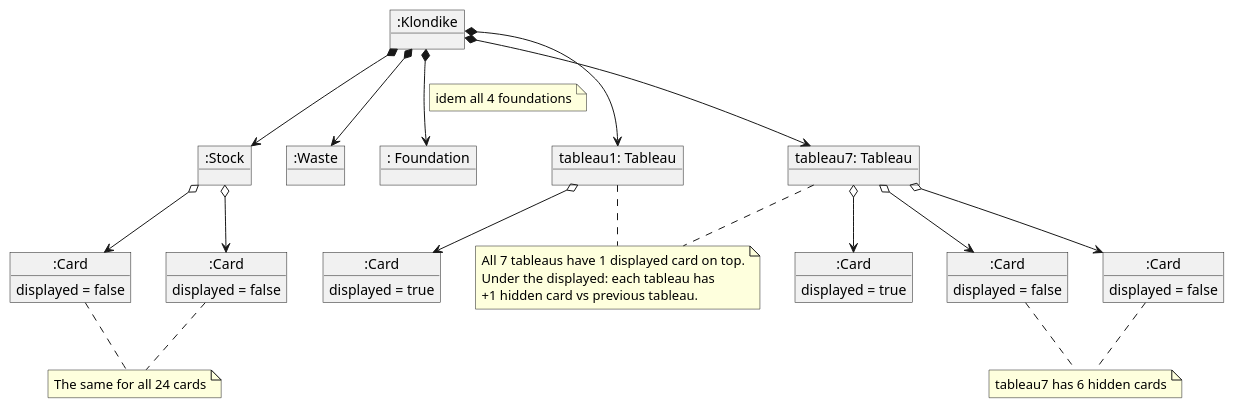
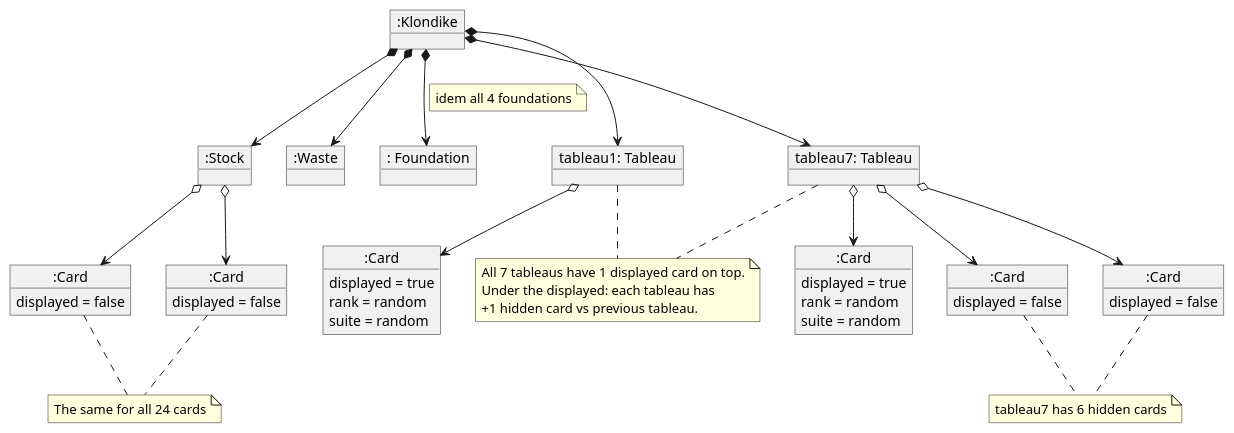
Before and after one commit to PabloMartinFluvia/IT-School: the diagram in MPDS/Klondike/docs/src/domain model initial state.plantuml, drawn with PlantUML. The commit also changed 8 other files, not shown here.

```diff
--- a/MPDS/Klondike/docs/src/domain model initial state.plantuml
+++ b/MPDS/Klondike/docs/src/domain model initial state.plantuml
@@ -1,76 +1,80 @@
 @startuml
 
 object ":Klondike" as klondike
 
 object ":Stock" as stock
 
 object ":Card" as cs1{
     displayed = false
 }
 object ":Card" as cs2{
     displayed = false
 }
 
 object ":Waste" as waste
 object ": Foundation" as foundation
 
 object "tableau1: Tableau" as tableau1
 
 object ":Card" as ct1d{
     displayed = true
+    rank = random
+    suite = random
 }
 
 object "tableau7: Tableau" as tableau7
 
 object ":Card" as ct2d{
     displayed = true
+    rank = random
+    suite = random
 }
 object ":Card" as ct2h1{
     displayed = false
 }
 object ":Card" as ct2h2{
     displayed = false
 }
 
 'klondike dependencies'
 klondike *-down-> stock
 klondike *-down-> waste
 klondike *-down-> foundation
 note on link
 idem all 4 foundations
 end note
 klondike *-down-> tableau1
 klondike *-down-> tableau7
 
 note as tableauNote
 All 7 tableaus have 1 displayed card on top.
 Under the displayed: each tableau has
 +1 hidden card vs previous tableau.
 end note
 tableau1..tableauNote
 tableau7..tableauNote
 
 'stock dependencies'
 stock o-down-> cs1
 stock o-down-> cs2
 
 note as stockNote
 The same for all 24 cards
 end note
 cs1..stockNote
 cs2..stockNote
 
 'tableau dependencies'
 tableau1 o-down-> ct1d
 
 tableau7 o-down-> ct2d
 tableau7 o-down-> ct2h1
 tableau7 o-down-> ct2h2
 
 note as hiddenNote
 tableau7 has 6 hidden cards
 end note
 ct2h1..hiddenNote
 ct2h2..hiddenNote
 
 @enduml
```
